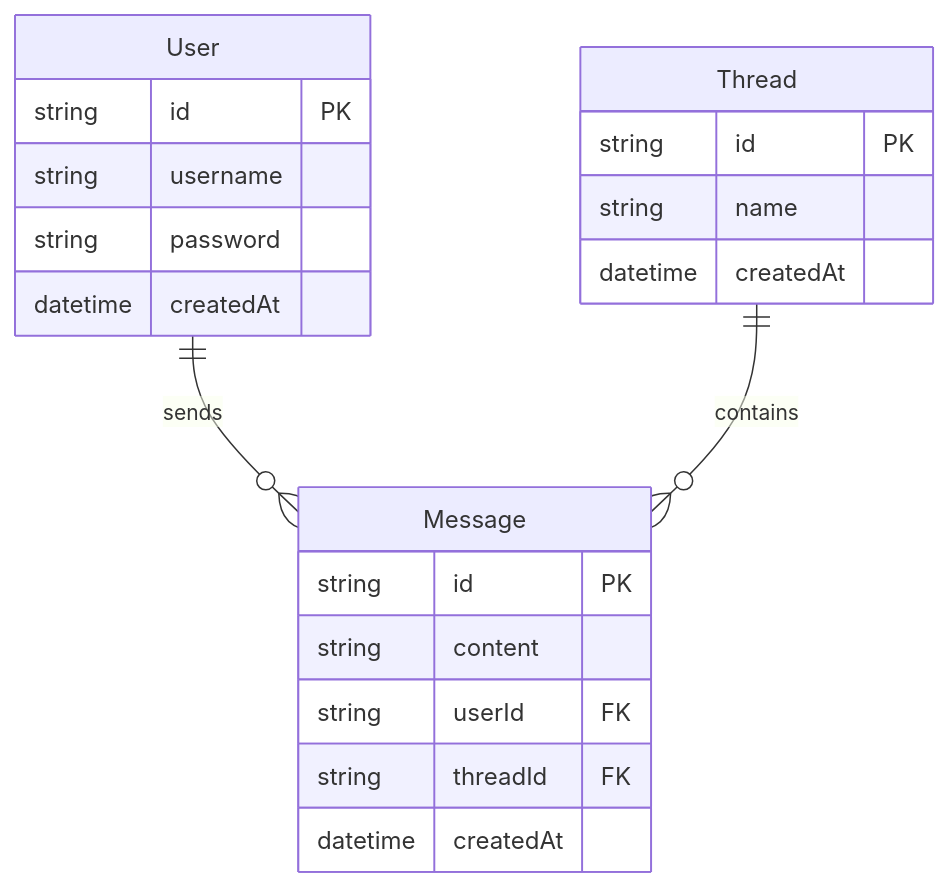
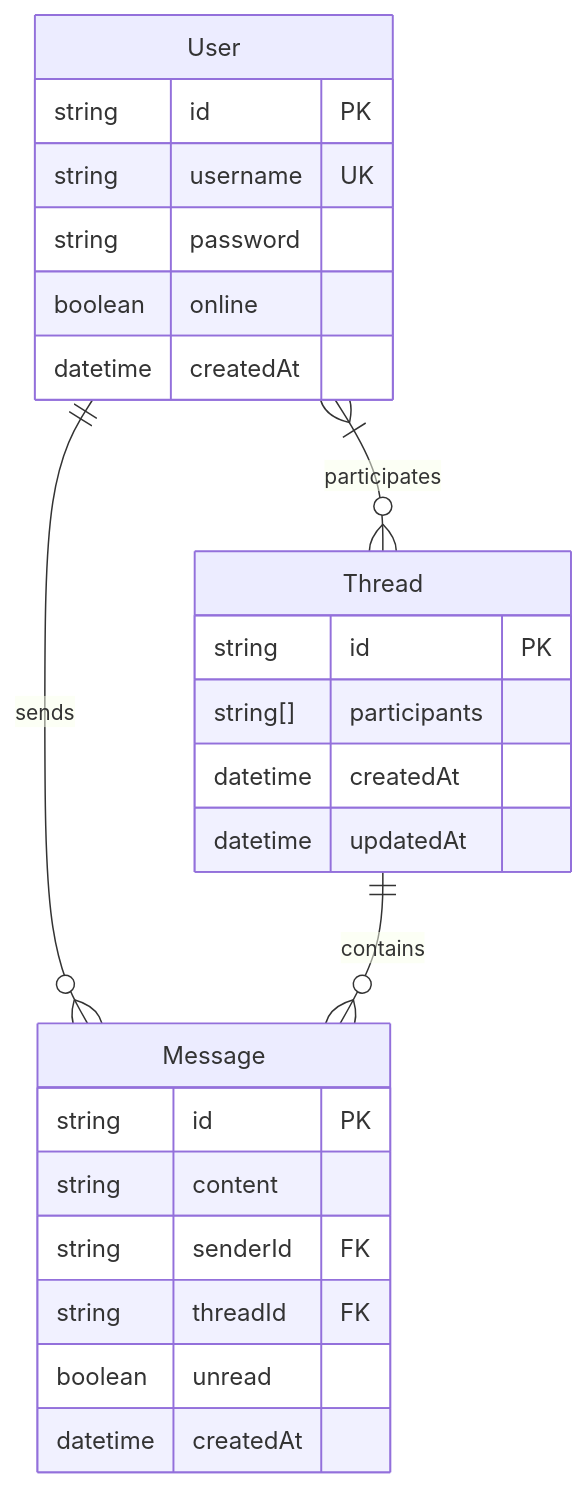
Before and after one commit to mkilincaslan/Talk-With-Legolas: the diagram in backend/README.md, drawn with Mermaid. The commit also changed other lines of this file, not shown here.

Commit message:
update backend readme file regarding the db models

````diff
--- a/backend/README.md
+++ b/backend/README.md
@@ -37,23 +36,27 @@
 ```mermaid
 erDiagram
     User {
         string id PK
-        string username
+        string username UK
         string password
+        boolean online
         datetime createdAt
     }
     Thread {
         string id PK
-        string name
+        string[] participants
         datetime createdAt
+        datetime updatedAt
     }
     Message {
         string id PK
         string content
-        string userId FK
+        string senderId FK
         string threadId FK
+        boolean unread
         datetime createdAt
     }
     User ||--o{ Message : sends
     Thread ||--o{ Message : contains
+    User }|--o{ Thread : participates
 ```
````
